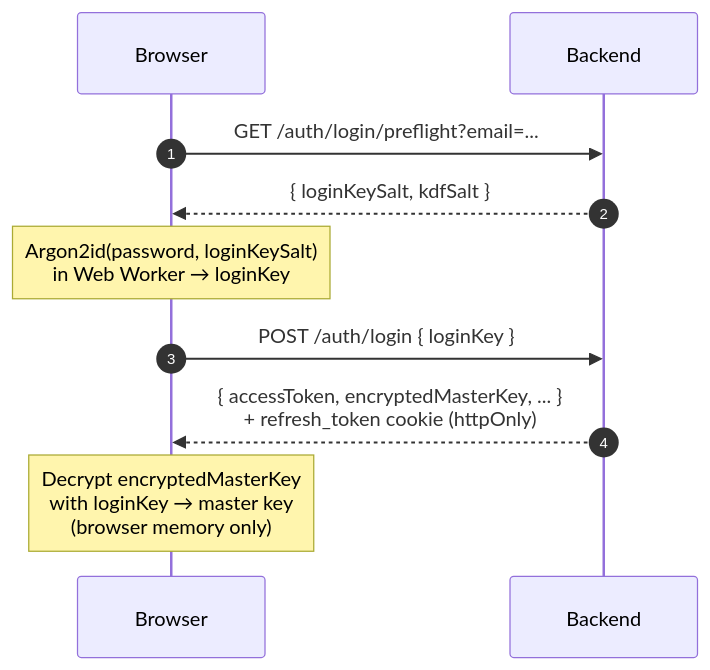
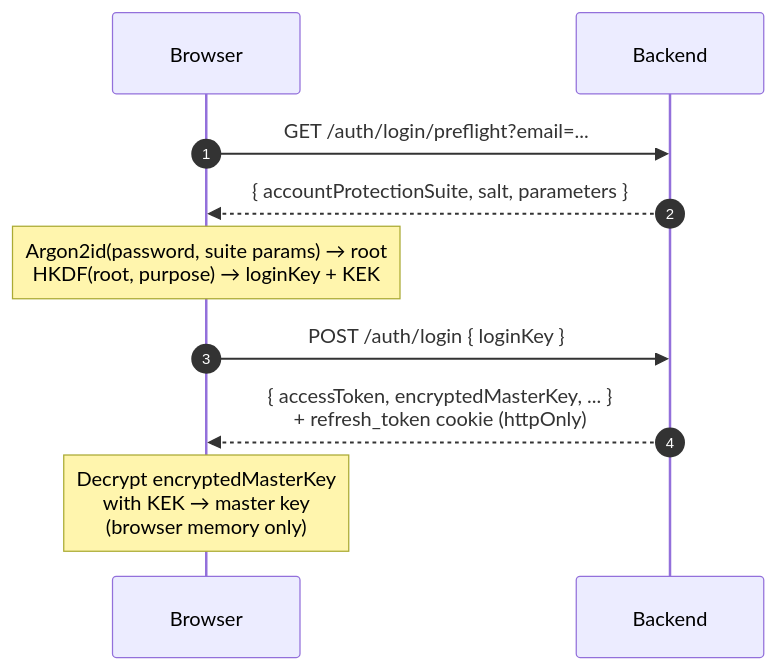
The second of 4 diagrams in docs/architecture.md (kutupbt/kutup), drawn with Mermaid before and after one commit. The commit also changed other lines of this file and 7 other files, not shown here.

Commit message:
Freeze simplified V1 cryptographic architecture

````diff
--- a/docs/architecture.md
+++ b/docs/architecture.md
@@ -62,13 +92,13 @@
 ```mermaid
 sequenceDiagram
     autonumber
     participant B as Browser
     participant S as Backend
 
     B->>S: GET /auth/login/preflight?email=...
-    S-->>B: { loginKeySalt, kdfSalt }
-    Note over B: Argon2id(password, loginKeySalt)<br/>in Web Worker → loginKey
+    S-->>B: { accountProtectionSuite, salt, parameters }
+    Note over B: Argon2id(password, suite params) → root<br/>HKDF(root, purpose) → loginKey + KEK
     B->>S: POST /auth/login { loginKey }
     S-->>B: { accessToken, encryptedMasterKey, ... }<br/>+ refresh_token cookie (httpOnly)
-    Note over B: Decrypt encryptedMasterKey<br/>with loginKey → master key<br/>(browser memory only)
+    Note over B: Decrypt encryptedMasterKey<br/>with KEK → master key<br/>(browser memory only)
 ```
````
